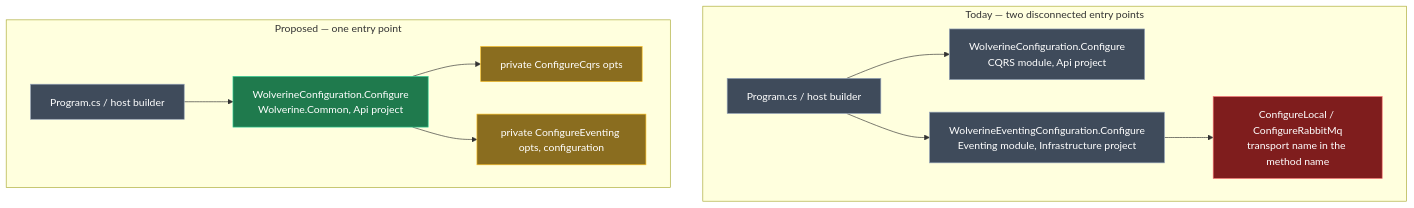
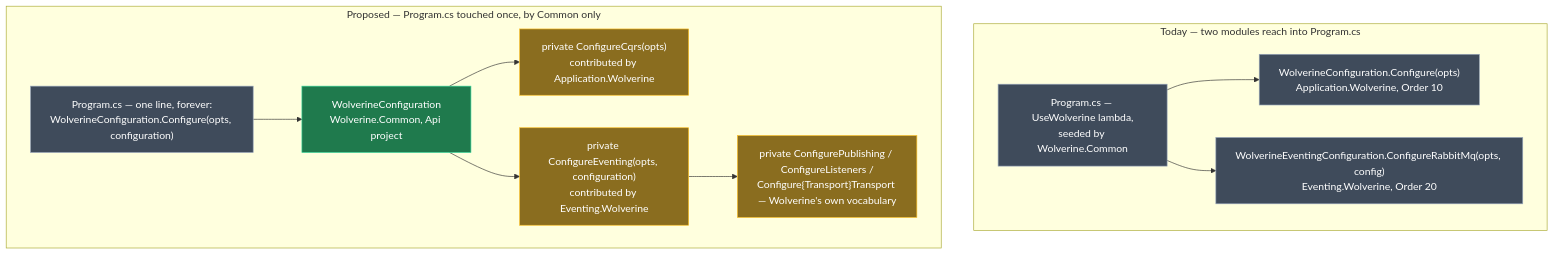
Before and after one commit to IntentArchitect/Intent.Modules.NET: the first of 3 diagrams in intent/.plans/2026-08-31-wolverine-module-foundations.mdx, drawn with Mermaid. The commit also changed other lines of this file and 164 other files, not shown here.

````diff
--- a/intent/.plans/2026-08-31-wolverine-module-foundations.mdx
+++ b/intent/.plans/2026-08-31-wolverine-module-foundations.mdx
@@ -126,24 +142,23 @@
 ```mermaid
 flowchart TB
-  classDef existing fill:#3f4b5b,stroke:#94a3b8,color:#ffffff
-  classDef changed fill:#8a6d1f,stroke:#fbbf24,color:#ffffff
-  classDef removed fill:#7f1d1d,stroke:#f87171,color:#ffffff
-  classDef added fill:#1f7a4d,stroke:#34d399,color:#ffffff
+classDef existing fill:#3f4b5b,stroke:#94a3b8,color:#ffffff
+classDef changed fill:#8a6d1f,stroke:#fbbf24,color:#ffffff
+classDef added fill:#1f7a4d,stroke:#34d399,color:#ffffff
 
-  subgraph today["Today — two disconnected entry points"]
-    P1[Program.cs / host builder]:::existing
-    C1["WolverineConfiguration.Configure<br/>CQRS module, Api project"]:::existing
-    E1["WolverineEventingConfiguration.Configure<br/>Eventing module, Infrastructure project"]:::existing
+subgraph today["Today — two modules reach into Program.cs"]
+    P1["Program.cs — UseWolverine lambda,<br/>seeded by Wolverine.Common"]:::existing
+    C1["WolverineConfiguration.Configure(opts)<br/>Application.Wolverine, Order 10"]:::existing
+    E1["WolverineEventingConfiguration.ConfigureRabbitMq(opts, config)<br/>Eventing.Wolverine, Order 20"]:::existing
     P1 --> C1
     P1 --> E1
-    E1 --> L1["ConfigureLocal / ConfigureRabbitMq<br/>transport name in the method name"]:::removed
-  end
+end
 
-  subgraph target["Proposed — one entry point"]
-    P2[Program.cs / host builder]:::existing
-    C2["WolverineConfiguration.Configure<br/>Wolverine.Common, Api project"]:::added
+subgraph target["Proposed — Program.cs touched once, by Common only"]
+    P2["Program.cs — one line, forever:<br/>WolverineConfiguration.Configure(opts, configuration)"]:::existing
+    C2["WolverineConfiguration<br/>Wolverine.Common, Api project"]:::added
     P2 --> C2
-    C2 --> Q1["private ConfigureCqrs opts"]:::changed
-    C2 --> Q2["private ConfigureEventing opts, configuration"]:::changed
-  end
+    C2 --> Q1["private ConfigureCqrs(opts)<br/>contributed by Application.Wolverine"]:::changed
+    C2 --> Q2["private ConfigureEventing(opts, configuration)<br/>contributed by Eventing.Wolverine"]:::changed
+    Q2 --> R1["private ConfigurePublishing / ConfigureListeners /<br/>Configure{Transport}Transport — Wolverine's own vocabulary"]:::changed
+end
 ```
````
